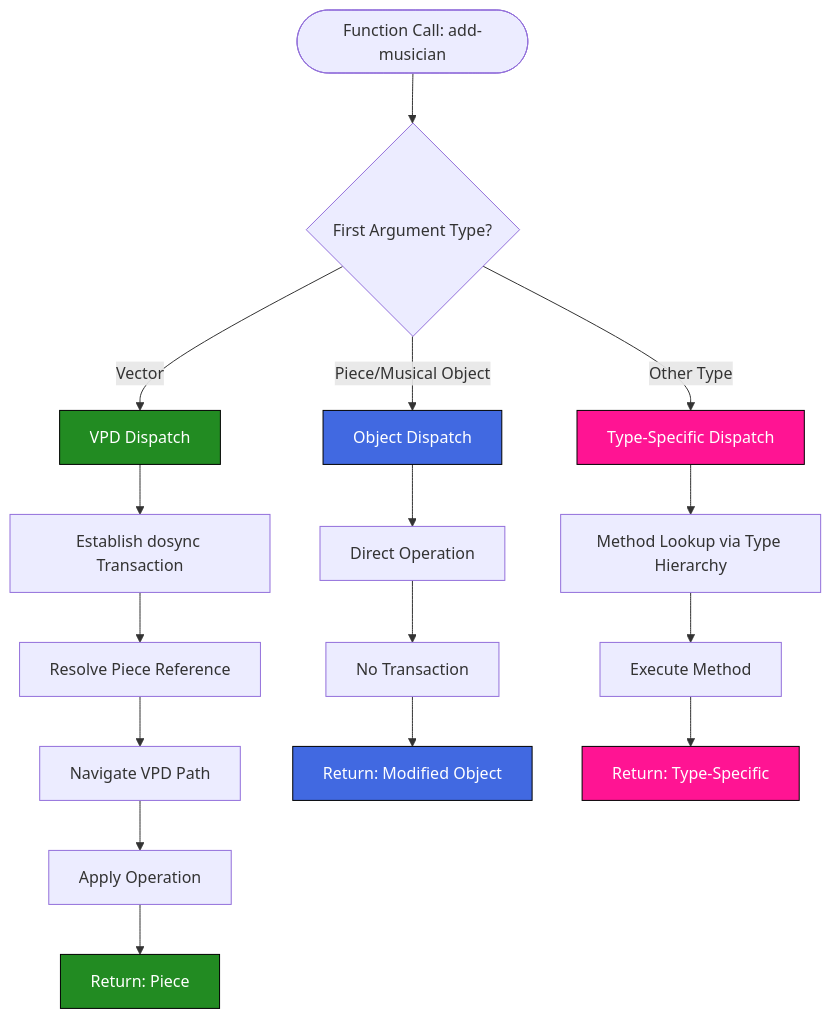
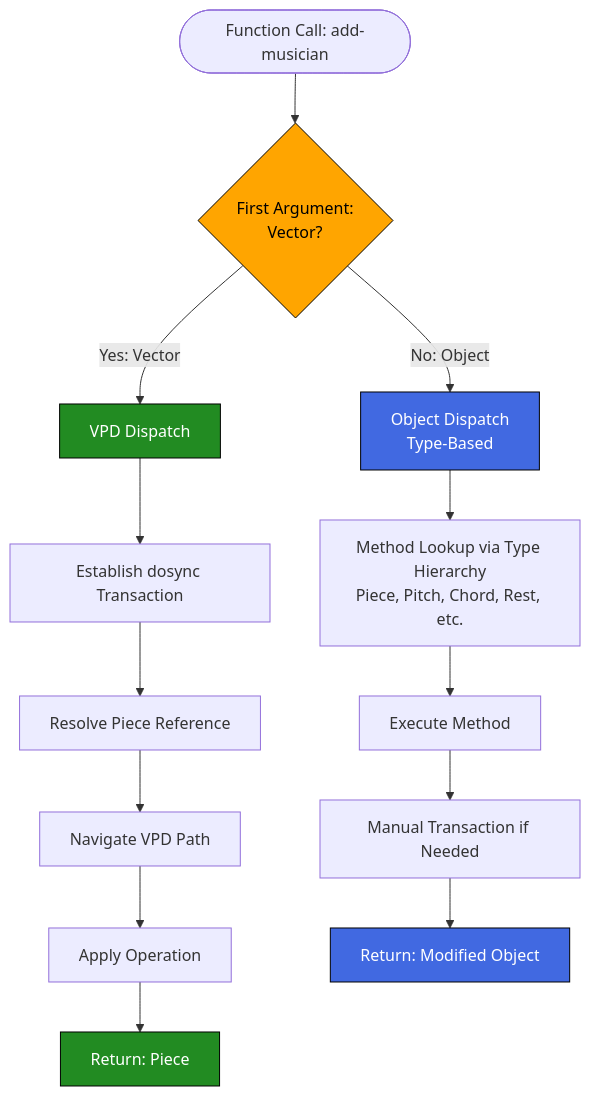
One commit to PeterBengtson/Ooloi-docs changed the third of 3 diagrams in guides/POLYMORPHIC_API_GUIDE.md. Above: the diagram before and after it, drawn with Mermaid.

Commit message:
Documentation sync 2025-12-13

````diff
--- a/guides/POLYMORPHIC_API_GUIDE.md
+++ b/guides/POLYMORPHIC_API_GUIDE.md
@@ -576,29 +576,24 @@
 ```mermaid
 flowchart TD
-    Start([Function Call: add-musician]) --> Check{First Argument Type?}
+    Start([Function Call: add-musician]) --> Check{First Argument:<br/>Vector?}
 
-    Check -->|Vector| VPD[VPD Dispatch]
-    Check -->|Piece/Musical Object| Obj[Object Dispatch]
-    Check -->|Other Type| Type[Type-Specific Dispatch]
+    Check -->|Yes: Vector| VPD[VPD Dispatch]
+    Check -->|No: Object| Obj[Object Dispatch<br/>Type-Based]
 
     VPD --> VPD1[Establish dosync Transaction]
     VPD1 --> VPD2[Resolve Piece Reference]
     VPD2 --> VPD3[Navigate VPD Path]
     VPD3 --> VPD4[Apply Operation]
     VPD4 --> ReturnP[Return: Piece]
 
-    Obj --> Obj1[Direct Operation]
-    Obj1 --> Obj2[No Transaction]
-    Obj2 --> ReturnO[Return: Modified Object]
-
-    Type --> Type1[Method Lookup via Type Hierarchy]
-    Type1 --> Type2[Execute Method]
-    Type2 --> ReturnT[Return: Type-Specific]
+    Obj --> Obj1[Method Lookup via Type Hierarchy<br/>Piece, Pitch, Chord, Rest, etc.]
+    Obj1 --> Obj2[Execute Method]
+    Obj2 --> Obj3[Manual Transaction if Needed]
+    Obj3 --> ReturnO[Return: Modified Object]
 
     style VPD fill:#228B22,stroke:#000,color:#fff
     style Obj fill:#4169E1,stroke:#000,color:#fff
-    style Type fill:#FF1493,stroke:#000,color:#fff
     style ReturnP fill:#228B22,stroke:#000,color:#fff
     style ReturnO fill:#4169E1,stroke:#000,color:#fff
-    style ReturnT fill:#FF1493,stroke:#000,color:#fff
+    style Check fill:#FFA500,stroke:#000,color:#000
 ```
````
